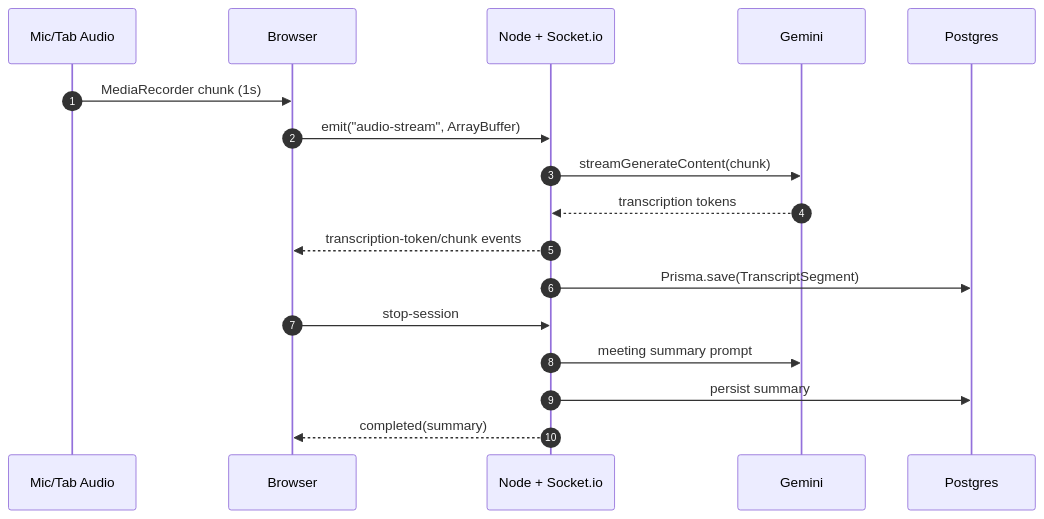
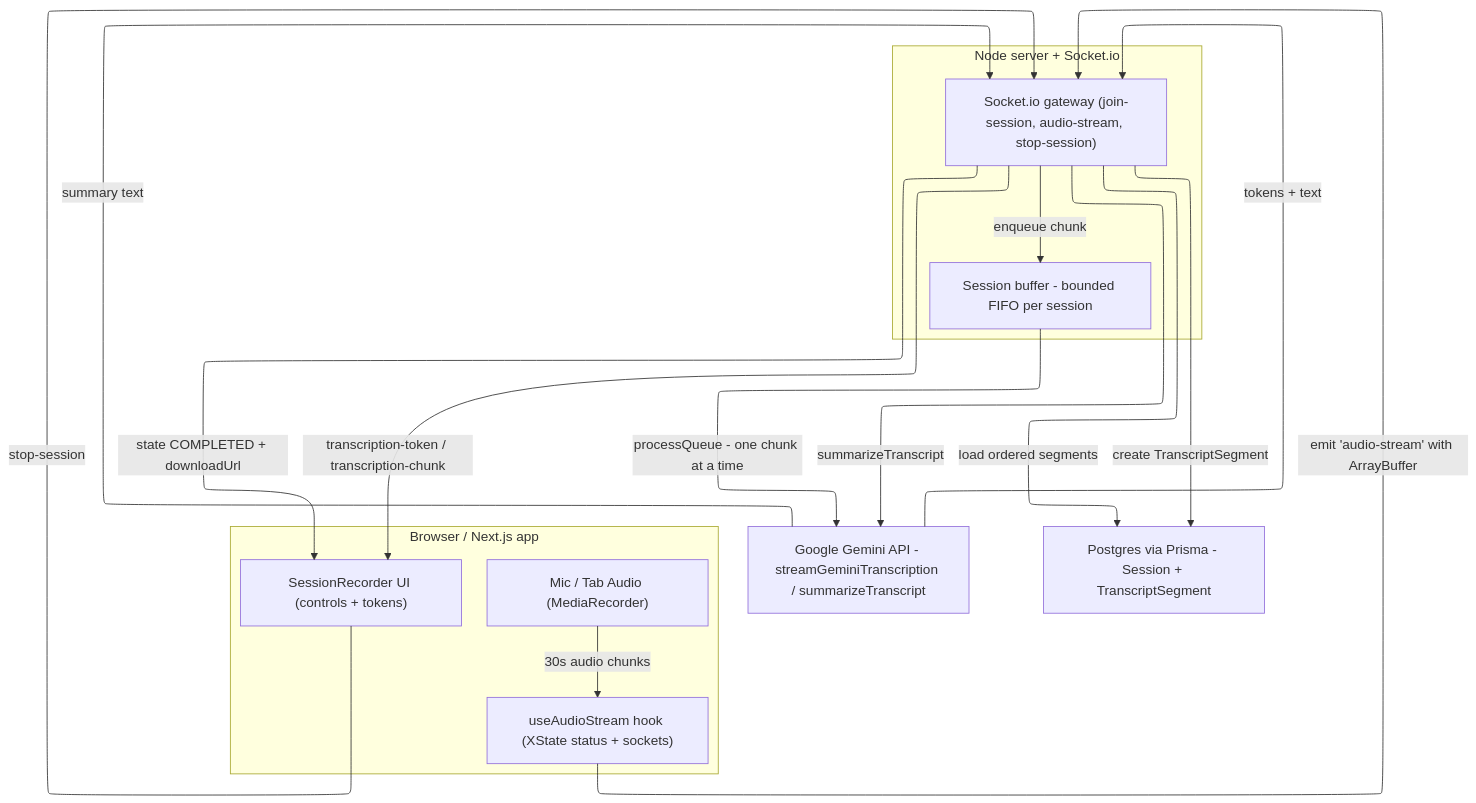
Before and after one commit to Erebuzzz/ScribeAI: the diagram in README.md, drawn with Mermaid. The commit also changed other lines of this file and 2 other files, not shown here.

Commit message:
docs: update README for clarity and add contact information; enhance useAudioStream and socket documentation

````diff
--- a/README.md
+++ b/README.md
@@ -43,19 +45,34 @@
 ```mermaid
-sequenceDiagram
-	autonumber
-	participant Mic as Mic/Tab Audio
-	participant Browser
-	participant Socket as Node + Socket.io
-	participant Gemini
-	participant DB as Postgres
-	Mic->>Browser: MediaRecorder chunk (1s)
-	Browser->>Socket: emit("audio-stream", ArrayBuffer)
-	Socket->>Gemini: streamGenerateContent(chunk)
-	Gemini-->>Socket: transcription tokens
-	Socket-->>Browser: transcription-token/chunk events
-	Socket->>DB: Prisma.save(TranscriptSegment)
-	Browser->>Socket: stop-session
-	Socket->>Gemini: meeting summary prompt
-	Socket->>DB: persist summary
-	Socket-->>Browser: completed(summary)
+---
+config:
+  layout: elk
+---
+flowchart TB
+ subgraph Client["Browser / Next.js app"]
+    direction TB
+        Mic["Mic / Tab Audio (MediaRecorder)"]
+        Hook["useAudioStream hook (XState status + sockets)"]
+        UI["SessionRecorder UI (controls + tokens)"]
+ end
+ subgraph Server["Node server + Socket.io"]
+    direction TB
+        Socket["Socket.io gateway (join-session, audio-stream, stop-session)"]
+        Queue["Session buffer - bounded FIFO per session"]
+ end
+    
+    %% Connections
+    Mic -- "30s audio chunks" --> Hook
+    Hook -- "emit 'audio-stream' with ArrayBuffer" --> Socket
+    Socket -- "enqueue chunk" --> Queue
+    Queue -- "processQueue - one chunk at a time" --> Gemini["Google Gemini API - streamGeminiTranscription / summarizeTranscript"]
+    
+    Gemini -- "tokens + text" --> Socket
+    Socket -- "transcription-token / transcription-chunk" --> UI
+    Socket -- "create TranscriptSegment" --> DB["Postgres via Prisma - Session + TranscriptSegment"]
+    
+    UI -- "stop-session" --> Socket
+    Socket -- "load ordered segments" --> DB
+    Socket -- "summarizeTranscript" --> Gemini
+    Gemini -- "summary text" --> Socket
+    Socket -- "state COMPLETED + downloadUrl" --> UI
 ```
````
